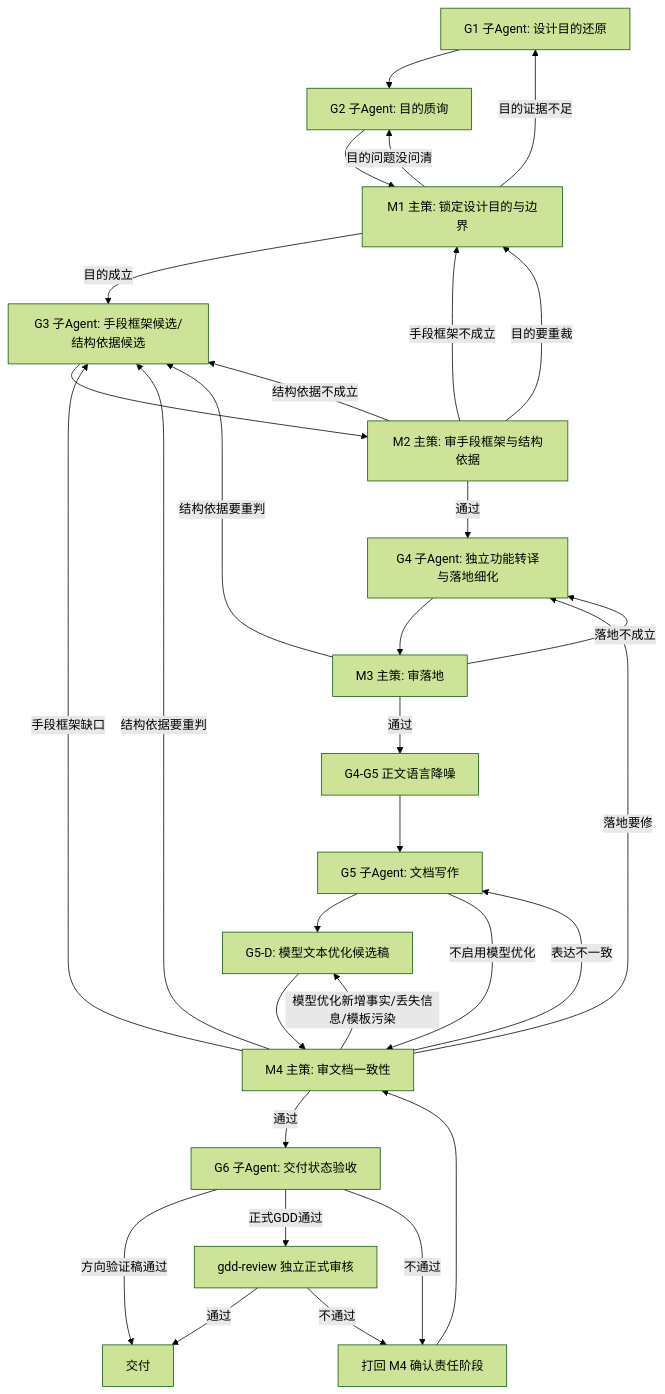
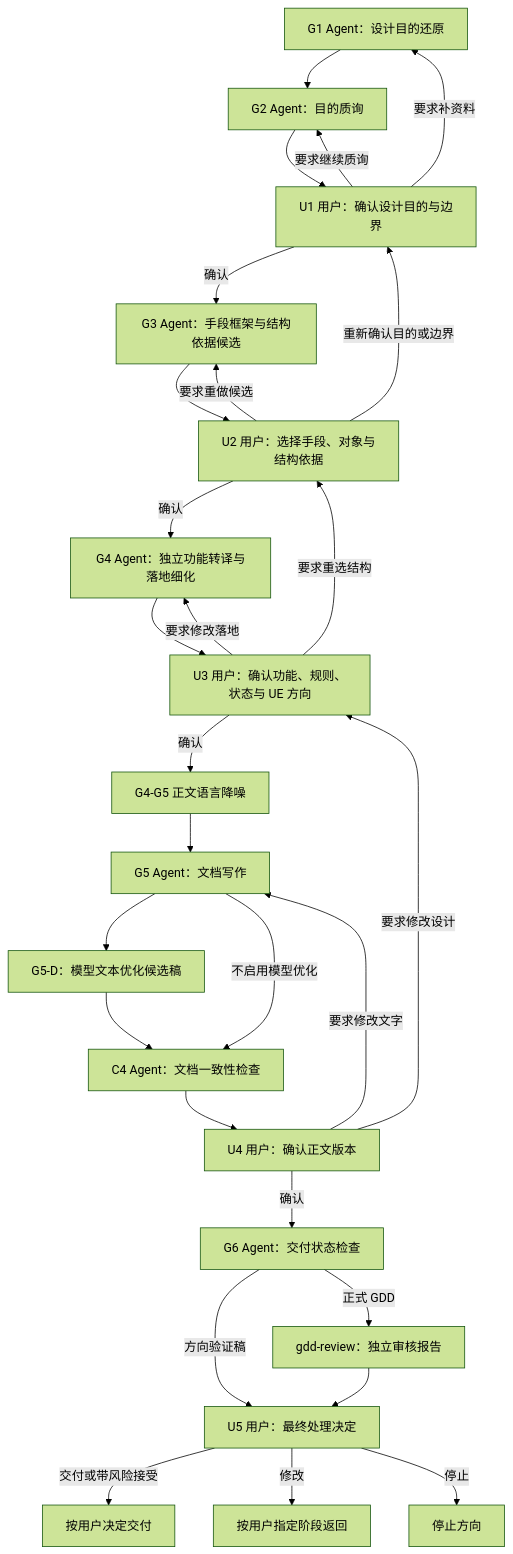
The diagram in reference/部门标准/策划/gdd/多Agent设计文档工作流.md (jeff931746-creator/Codex), drawn with Mermaid (forest theme) before and after one commit. The commit also changed other lines of this file and 116 other files, not shown here.

````diff
--- a/reference/部门标准/策划/gdd/多Agent设计文档工作流.md
+++ b/reference/部门标准/策划/gdd/多Agent设计文档工作流.md
@@ -38,37 +37,34 @@
 ```mermaid
 flowchart TD
-    G1[G1 子Agent: 设计目的还原] --> G2[G2 子Agent: 目的质询]
-    G2 --> M1[M1 主策: 锁定设计目的与边界]
-    M1 -->|目的成立| G3[G3 子Agent: 手段框架候选/结构依据候选]
-    M1 -->|目的证据不足| G1
-    M1 -->|目的问题没问清| G2
+    G1[G1 Agent：设计目的还原] --> G2[G2 Agent：目的质询]
+    G2 --> U1[U1 用户：确认设计目的与边界]
+    U1 -->|确认| G3[G3 Agent：手段框架与结构依据候选]
+    U1 -->|要求补资料| G1
+    U1 -->|要求继续质询| G2
 
-    G3 --> M2[M2 主策: 审手段框架与结构依据]
-    M2 -->|通过| G4[G4 子Agent: 独立功能转译与落地细化]
-    M2 -->|手段框架不成立| M1
-    M2 -->|结构依据不成立| G3
-    M2 -->|目的要重裁| M1
+    G3 --> U2[U2 用户：选择手段、对象与结构依据]
+    U2 -->|确认| G4[G4 Agent：独立功能转译与落地细化]
+    U2 -->|要求重做候选| G3
+    U2 -->|重新确认目的或边界| U1
 
-    G4 --> M3[M3 主策: 审落地]
-    M3 -->|通过| N[G4-G5 正文语言降噪]
-    N --> G5[G5 子Agent: 文档写作]
-    M3 -->|落地不成立| G4
-    M3 -->|结构依据要重判| G3
+    G4 --> U3[U3 用户：确认功能、规则、状态与 UE 方向]
+    U3 -->|确认| N[G4-G5 正文语言降噪]
+    U3 -->|要求修改落地| G4
+    U3 -->|要求重选结构| U2
 
-    G5 --> D[G5-D: 模型文本优化候选稿]
-    D --> M4[M4 主策: 审文档一致性]
-    G5 -->|不启用模型优化| M4
-    M4 -->|通过| G6[G6 子Agent: 交付状态验收]
-    M4 -->|模型优化新增事实/丢失信息/模板污染| D
-    M4 -->|表达不一致| G5
-    M4 -->|落地要修| G4
-    M4 -->|手段框架缺口| G3
-    M4 -->|结构依据要重判| G3
+    N --> G5[G5 Agent：文档写作]
+    G5 --> D[G5-D：模型文本优化候选稿]
+    G5 -->|不启用模型优化| C4[C4 Agent：文档一致性检查]
+    D --> C4
+    C4 --> U4[U4 用户：确认正文版本]
+    U4 -->|确认| G6[G6 Agent：交付状态检查]
+    U4 -->|要求修改文字| G5
+    U4 -->|要求修改设计| U3
 
-    G6 -->|方向验证稿通过| Z[交付]
-    G6 -->|正式GDD通过| GR[gdd-review 独立正式审核]
-    GR -->|通过| Z
-    GR -->|不通过| R
-    G6 -->|不通过| R[打回 M4 确认责任阶段]
-    R --> M4
+    G6 -->|方向验证稿| U5[U5 用户：最终处理决定]
+    G6 -->|正式 GDD| GR[gdd-review：独立审核报告]
+    GR --> U5
+    U5 -->|交付或带风险接受| Z[按用户决定交付]
+    U5 -->|修改| R[按用户指定阶段返回]
+    U5 -->|停止| S[停止方向]
 ```
````
